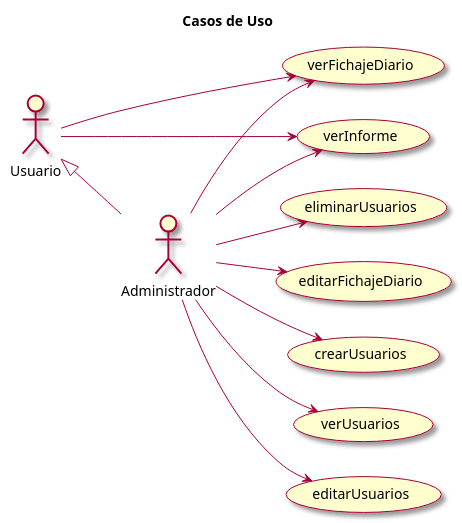
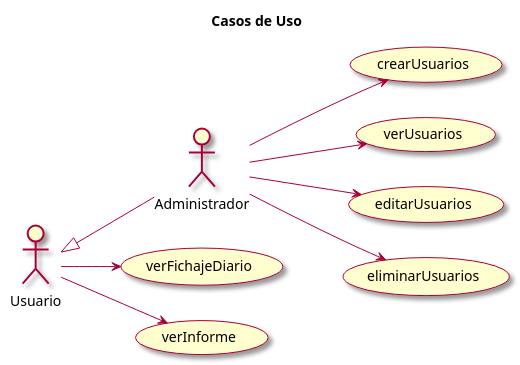
Before and after one commit to mmasias/23-24-IdSw1-SDR: the diagram in modelosUML/casosDeUso/casosDeUso.puml, drawn with PlantUML.

Commit message:
Update casosDeUso.puml
Edicion del diagrama de casos de uso

```diff
--- a/modelosUML/casosDeUso/casosDeUso.puml
+++ b/modelosUML/casosDeUso/casosDeUso.puml
@@ -1,22 +1,17 @@
 @startuml Diagrama de CDU
 
 skin rose
 left to right direction
 title Casos de Uso
 
 Administrador -up-|> Usuario
 
 Usuario --> (verFichajeDiario)
 Usuario --> (verInforme)
 
-Administrador --> (verFichajeDiario)
-Administrador --> (editarFichajeDiario)
-
-Administrador --> (verInforme)
-
 Administrador --> (crearUsuarios)
 Administrador --> (verUsuarios)
 Administrador --> (editarUsuarios)
 Administrador --> (eliminarUsuarios)
 
 @enduml
```
